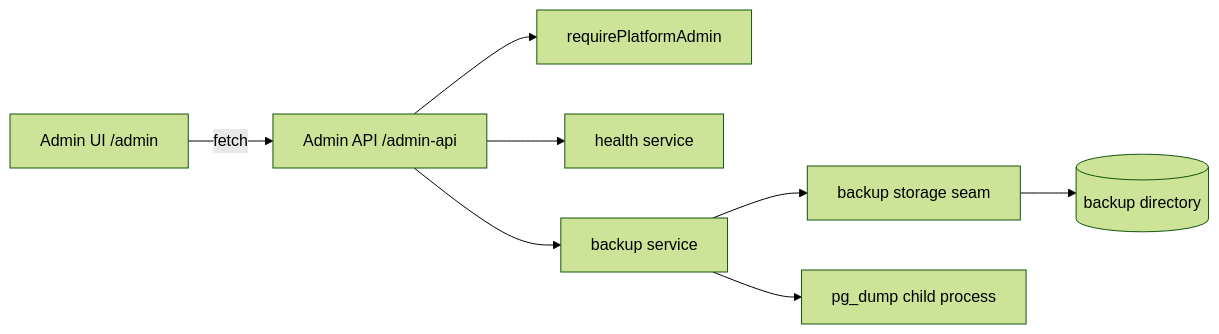
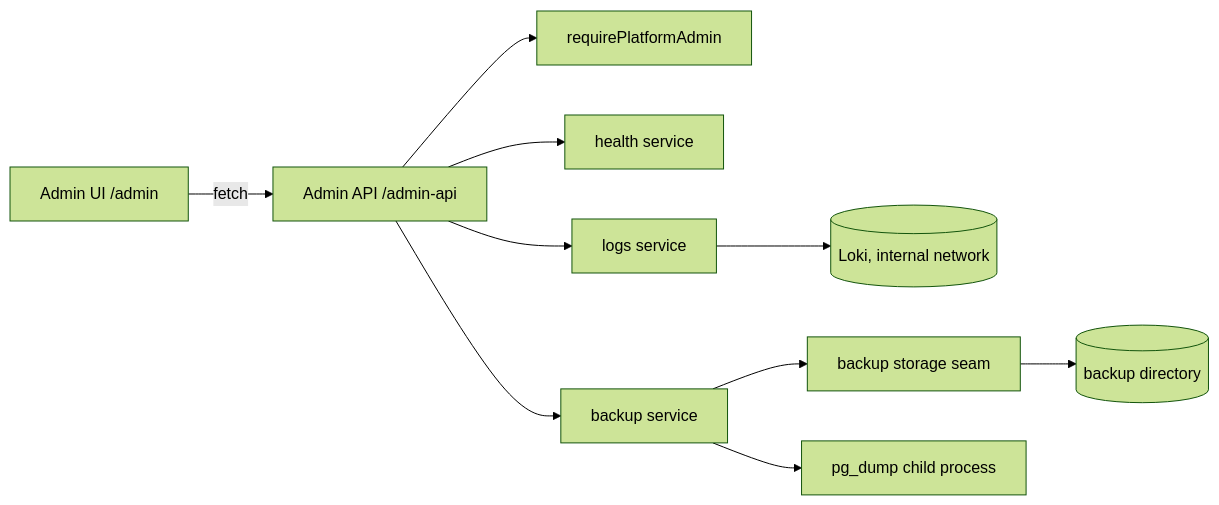
One commit to MatviienkoAndrii02/RoleEngine changed the diagram in docs/ADMIN_CONSOLE.md. Above: the diagram before and after it, drawn with Mermaid (forest theme). The commit also changed other lines of this file and 18 other files, not shown here.

Commit message:
Add structured logging and Loki-backed admin logs

````diff
--- a/docs/ADMIN_CONSOLE.md
+++ b/docs/ADMIN_CONSOLE.md
@@ -16,10 +16,12 @@
 ```mermaid
 flowchart LR
   UI[Admin UI /admin] -->|fetch| API[Admin API /admin-api]
   API --> AUTHZ[requirePlatformAdmin]
   API --> HEALTH[health service]
+  API --> LOGS[logs service]
+  LOGS --> LOKI[(Loki, internal network)]
   API --> BACKUP[backup service]
   BACKUP --> STORAGE[backup storage seam]
   STORAGE --> FS[(backup directory)]
   BACKUP --> TOOL[pg_dump child process]
 ```
````
